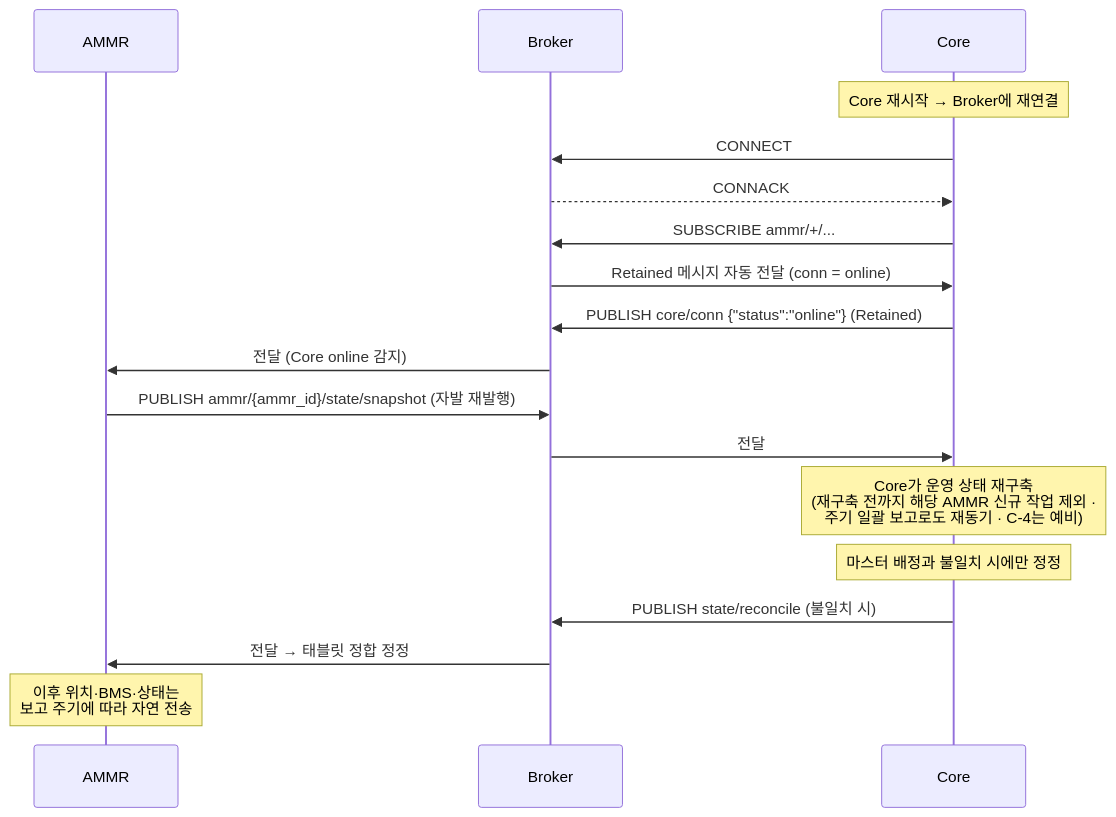
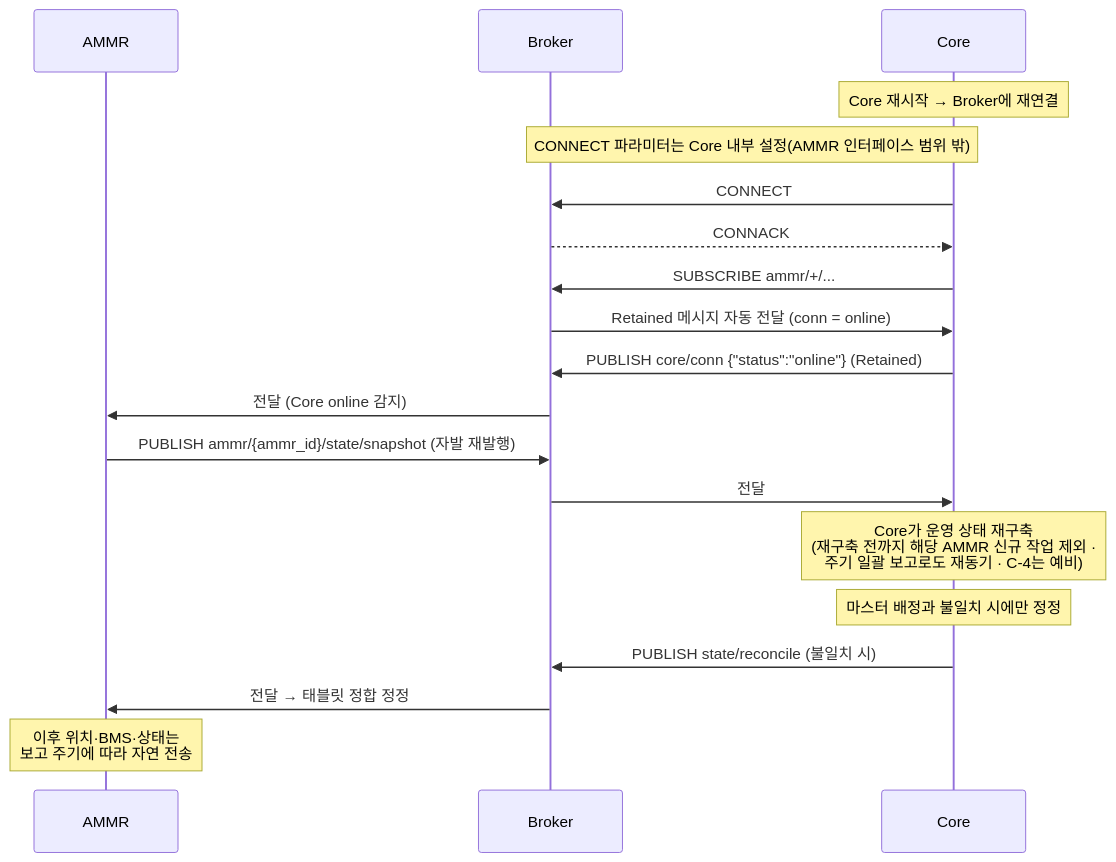
Before and after one commit to kimminsu0315/Core-Docs: diagram 13 of 13 in docs/out/Core_ICD_AMMR.md, drawn with Mermaid. The commit also changed other lines of this file and 10 other files, not shown here.

````diff
--- a/docs/out/Core_ICD_AMMR.md
+++ b/docs/out/Core_ICD_AMMR.md
@@ -1178,23 +1203,24 @@
 ```mermaid
 sequenceDiagram
     participant A as AMMR
     participant B as Broker
     participant C as Core
 
     Note over C: Core 재시작 → Broker에 재연결
+    Note over C,B: CONNECT 파라미터는 Core 내부 설정(AMMR 인터페이스 범위 밖)
     C->>B: CONNECT
     B-->>C: CONNACK
     C->>B: SUBSCRIBE ammr/+/...
     B->>C: Retained 메시지 자동 전달 (conn = online)
 
     C->>B: PUBLISH core/conn {"status":"online"} (Retained)
     B->>A: 전달 (Core online 감지)
     A->>B: PUBLISH ammr/{ammr_id}/state/snapshot (자발 재발행)
     B->>C: 전달
     Note over C: Core가 운영 상태 재구축<br/>(재구축 전까지 해당 AMMR 신규 작업 제외 ·<br/>주기 일괄 보고로도 재동기 · C-4는 예비)
     Note over C: 마스터 배정과 불일치 시에만 정정
     C->>B: PUBLISH state/reconcile (불일치 시)
     B->>A: 전달 → 태블릿 정합 정정
 
     Note over A: 이후 위치·BMS·상태는<br/>보고 주기에 따라 자연 전송
 ```
````
